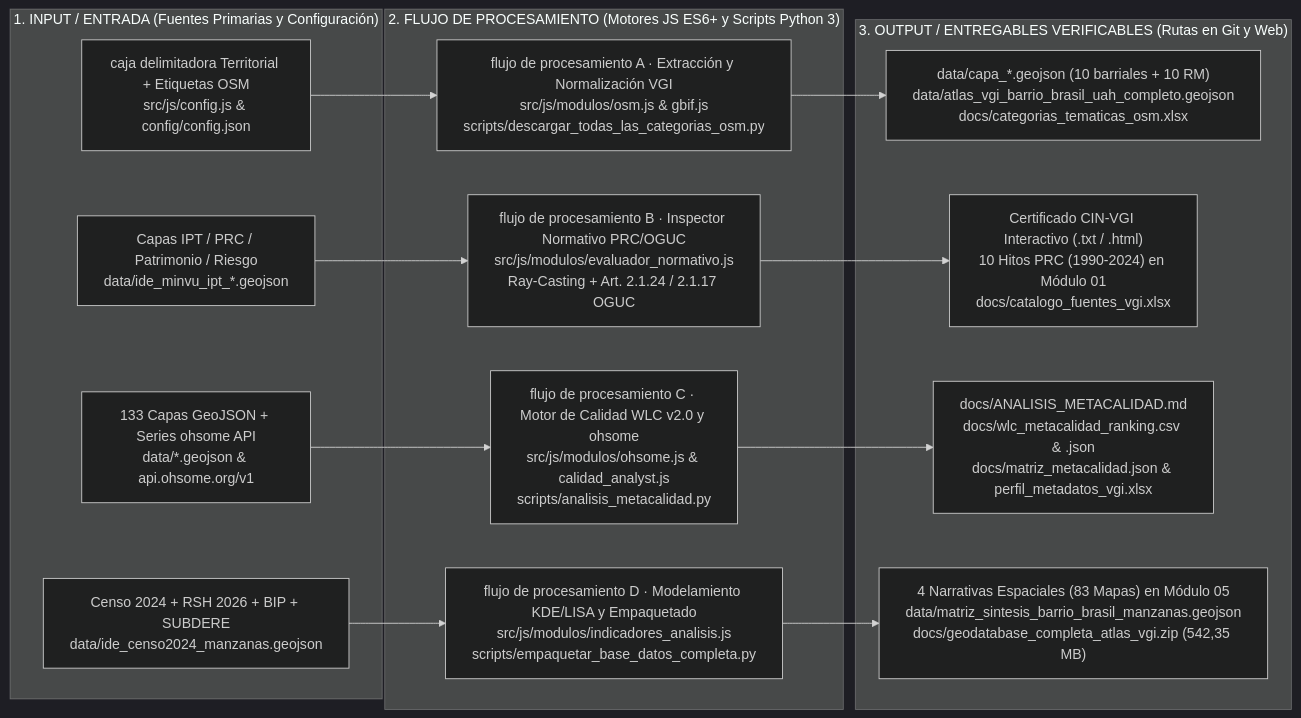
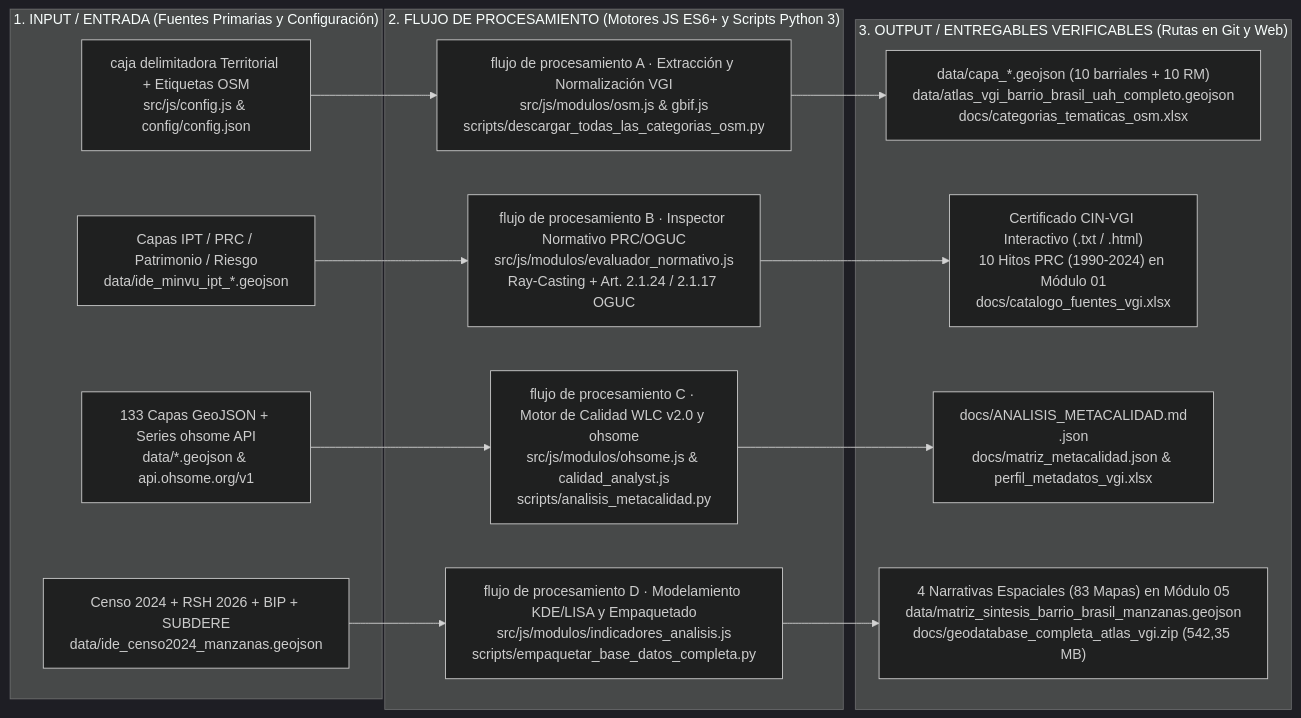
Before and after one commit to GEOJOTA/atlas-vgi-barrio-brasil: the first of 2 diagrams in README.md, drawn with Mermaid (dark theme). The commit also changed other lines of this file and 32 other files, not shown here.

Commit message:
chore(docs,ui): eliminar wlc_metacalidad_ranking.csv y toda referencia a Ranking Consolidado de Calidad en plataforma y repositorio

````diff
--- a/README.md
+++ b/README.md
@@ -50,28 +50,28 @@
 ```mermaid
 flowchart LR
     subgraph IN["1. INPUT / ENTRADA (Fuentes Primarias y Configuración)"]
         I1["caja delimitadora Territorial + Etiquetas OSM<br/>src/js/config.js & config/config.json"]
         I2["Capas IPT / PRC / Patrimonio / Riesgo<br/>data/ide_minvu_ipt_*.geojson"]
         I3["133 Capas GeoJSON + Series ohsome API<br/>data/*.geojson & api.ohsome.org/v1"]
         I4["Censo 2024 + RSH 2026 + BIP + SUBDERE<br/>data/ide_censo2024_manzanas.geojson"]
     end
 
     subgraph PROC["2. FLUJO DE PROCESAMIENTO (Motores JS ES6+ y Scripts Python 3)"]
         P1["flujo de procesamiento A · Extracción y Normalización VGI<br/>src/js/modulos/osm.js & gbif.js<br/>scripts/descargar_todas_las_categorias_osm.py"]
         P2["flujo de procesamiento B · Inspector Normativo PRC/OGUC<br/>src/js/modulos/evaluador_normativo.js<br/>Ray-Casting + Art. 2.1.24 / 2.1.17 OGUC"]
         P3["flujo de procesamiento C · Motor de Calidad WLC v2.0 y ohsome<br/>src/js/modulos/ohsome.js & calidad_analyst.js<br/>scripts/analisis_metacalidad.py"]
         P4["flujo de procesamiento D · Modelamiento KDE/LISA y Empaquetado<br/>src/js/modulos/indicadores_analisis.js<br/>scripts/empaquetar_base_datos_completa.py"]
     end
 
     subgraph OUT["3. OUTPUT / ENTREGABLES VERIFICABLES (Rutas en Git y Web)"]
         O1["data/capa_*.geojson (10 barriales + 10 RM)<br/>data/atlas_vgi_barrio_brasil_uah_completo.geojson<br/>docs/categorias_tematicas_osm.xlsx"]
         O2["Certificado CIN-VGI Interactivo (.txt / .html)<br/>10 Hitos PRC (1990-2024) en Módulo 01<br/>docs/catalogo_fuentes_vgi.xlsx"]
-        O3["docs/ANALISIS_METACALIDAD.md<br/>docs/wlc_metacalidad_ranking.csv & .json<br/>docs/matriz_metacalidad.json & perfil_metadatos_vgi.xlsx"]
+        O3["docs/ANALISIS_METACALIDAD.md<br/>.json<br/>docs/matriz_metacalidad.json & perfil_metadatos_vgi.xlsx"]
         O4["4 Narrativas Espaciales (83 Mapas) en Módulo 05<br/>data/matriz_sintesis_barrio_brasil_manzanas.geojson<br/>docs/geodatabase_completa_atlas_vgi.zip (542,35 MB)"]
     end
 
     I1 --> P1 --> O1
     I2 --> P2 --> O2
     I3 --> P3 --> O3
     I4 --> P4 --> O4
 ```
````
